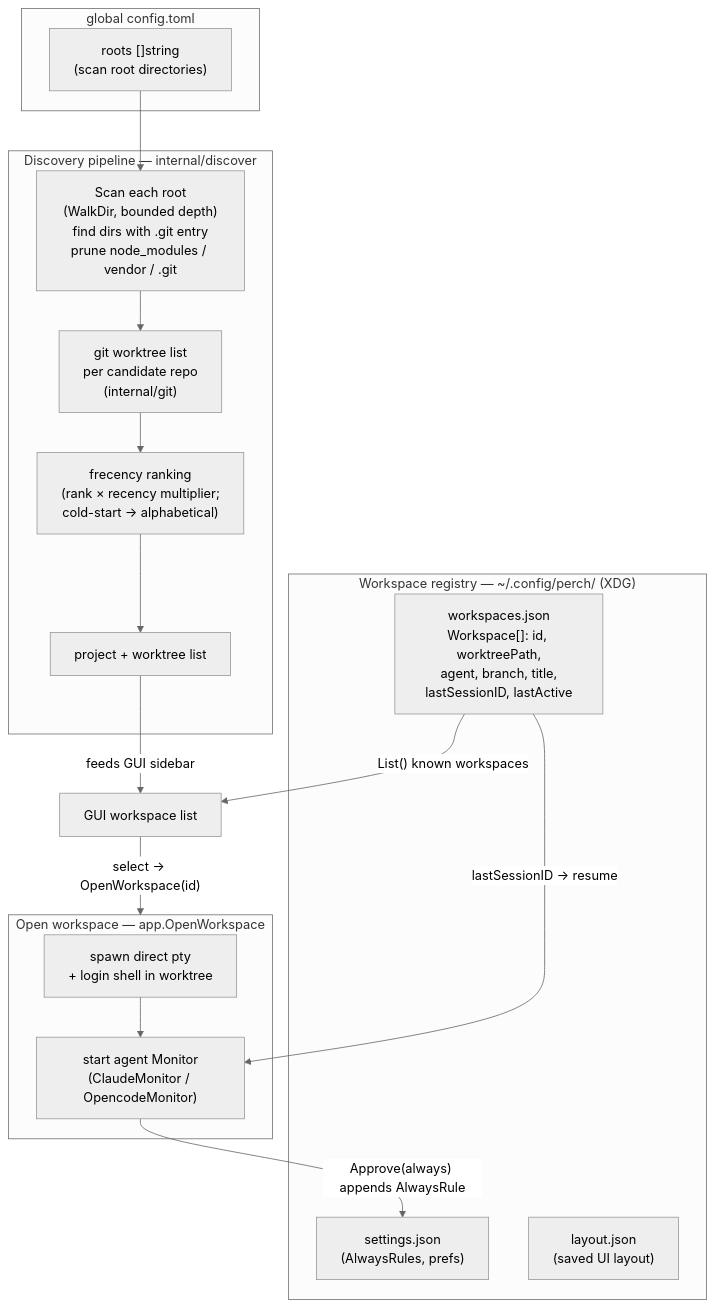
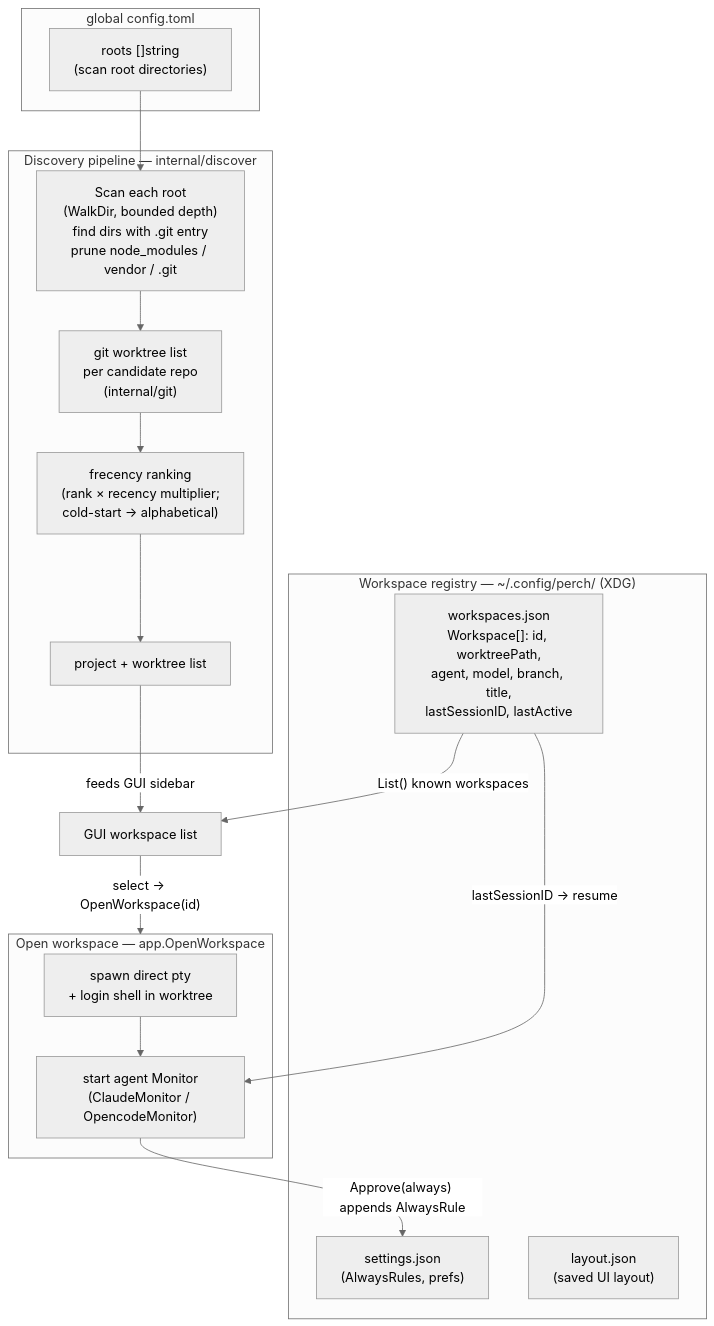
Before and after one commit to miniature-pug/perch: the diagram in docs/diagrams/discovery-state.mmd, drawn with Mermaid (neutral theme). The commit also changed 4 other files, not shown here.

```diff
--- a/docs/diagrams/discovery-state.mmd
+++ b/docs/diagrams/discovery-state.mmd
@@ -1,34 +1,34 @@
 flowchart TD
     subgraph Config["global config.toml"]
         roots["roots []string\n(scan root directories)"]
     end
 
     subgraph DiscoveryPipeline["Discovery pipeline — internal/discover"]
         scan["Scan each root\n(WalkDir, bounded depth)\nfind dirs with .git entry\nprune node_modules / vendor / .git"]
         worktrees["git worktree list\nper candidate repo\n(internal/git)"]
         frecency["frecency ranking\n(rank × recency multiplier;\ncold-start → alphabetical)"]
         candidates["project + worktree list"]
     end
 
     subgraph Registry["Workspace registry — ~/.config/perch/ (XDG)"]
-        workspacesjson["workspaces.json\nWorkspace[]: id, worktreePath,\nagent, branch, title,\nlastSessionID, lastActive"]
+        workspacesjson["workspaces.json\nWorkspace[]: id, worktreePath,\nagent, model, branch, title,\nlastSessionID, lastActive"]
         settingsjson["settings.json\n(AlwaysRules, prefs)"]
         layoutjson["layout.json\n(saved UI layout)"]
     end
 
     subgraph Open["Open workspace — app.OpenWorkspace"]
         ptyspawn["spawn direct pty\n+ login shell in worktree"]
         monstart["start agent Monitor\n(ClaudeMonitor / OpencodeMonitor)"]
     end
 
     roots --> scan
     scan --> worktrees
     worktrees --> frecency
     frecency --> candidates
     candidates -->|"feeds GUI sidebar"| gui_list["GUI workspace list"]
 
     workspacesjson -->|"List() known workspaces"| gui_list
     gui_list -->|"select → OpenWorkspace(id)"| Open
     workspacesjson -->|"lastSessionID → resume"| monstart
     ptyspawn --> monstart
     monstart -->|"Approve(always) appends AlwaysRule"| settingsjson
```
